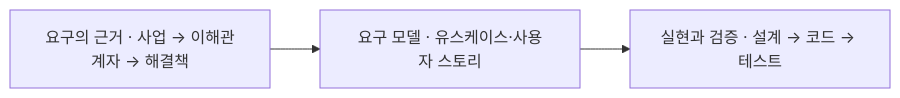
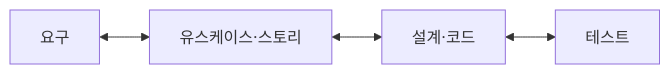
Before and after one commit to YoungSan77/TrainingMaterials: diagram 15 of 16 in courses/ooad/sessions/s02.md, drawn with Mermaid. The commit also changed other lines of this file and 10 other files, not shown here.

````diff
--- a/courses/ooad/sessions/s02.md
+++ b/courses/ooad/sessions/s02.md
@@ -1019,7 +1367,4 @@
 ```mermaid
 flowchart LR
-    R["요구의 근거 · 사업 → 이해관계자 → 해결책"]
-    M["요구 모델 · 유스케이스·사용자 스토리"]
-    S["실현과 검증 · 설계 → 코드 → 테스트"]
-    R --> M --> S
+    R["요구"] <--> M["유스케이스·스토리"] <--> D["설계·코드"] <--> T["테스트"]
 ```
````
